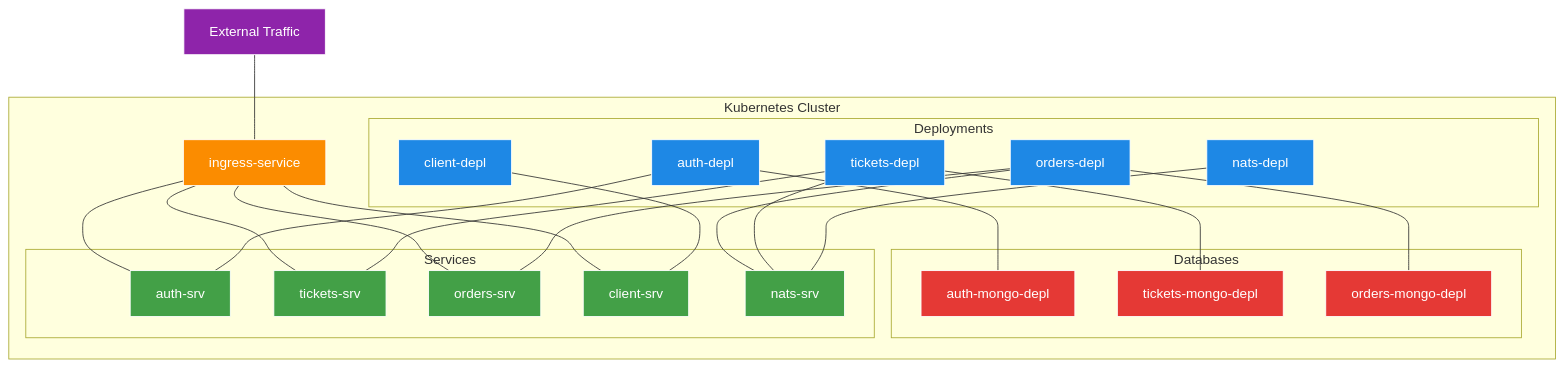
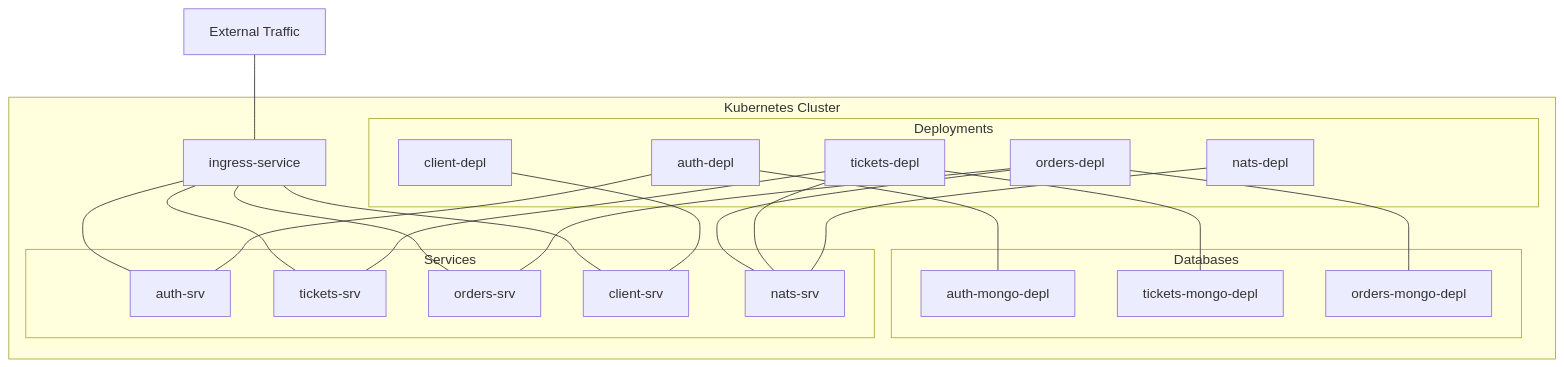
The fourth of 4 diagrams in Microservices with Node and React/16. Cross-Service Data Replication In Action/ticketing/README.md (A1doranM/HowProgrammingWork), drawn with Mermaid before and after one commit. The commit also changed other lines of this file, not shown here.

````diff
--- a/Microservices with Node and React/16. Cross-Service Data Replication In Action/ticketing/README.md
+++ b/Microservices with Node and React/16. Cross-Service Data Replication In Action/ticketing/README.md
@@ -455,62 +438,50 @@
 ```mermaid
 graph TB
     subgraph "Kubernetes Cluster"
         subgraph "Deployments"
             AuthDepl["auth-depl"]
             TicketsDepl["tickets-depl"]
             OrdersDepl["orders-depl"]
             ClientDepl["client-depl"]
             NatsDepl["nats-depl"]
         end
         
         subgraph "Databases"
             AuthMongo["auth-mongo-depl"]
             TicketsMongo["tickets-mongo-depl"]
             OrdersMongo["orders-mongo-depl"]
         end
         
         subgraph "Services"
             AuthSrv["auth-srv"]
             TicketsSrv["tickets-srv"]
             OrdersSrv["orders-srv"]
             ClientSrv["client-srv"]
             NatsSrv["nats-srv"]
         end
         
         Ingress["ingress-service"]
     end
     
     External["External Traffic"]
     
     AuthDepl --- AuthSrv
     TicketsDepl --- TicketsSrv
     OrdersDepl --- OrdersSrv
     ClientDepl --- ClientSrv
     NatsDepl --- NatsSrv
     
     AuthDepl --- AuthMongo
     TicketsDepl --- TicketsMongo
     OrdersDepl --- OrdersMongo
     
     TicketsDepl --- NatsSrv
     OrdersDepl --- NatsSrv
     
     Ingress --- AuthSrv
     Ingress --- TicketsSrv
     Ingress --- OrdersSrv
     Ingress --- ClientSrv
     
     External --- Ingress
-    
-    classDef deployment fill:#1e88e5,stroke:#fff,stroke-width:1px,color:#fff;
-    classDef database fill:#e53935,stroke:#fff,stroke-width:1px,color:#fff;
-    classDef service fill:#43a047,stroke:#fff,stroke-width:1px,color:#fff;
-    classDef ingress fill:#fb8c00,stroke:#fff,stroke-width:1px,color:#fff;
-    classDef external fill:#8e24aa,stroke:#fff,stroke-width:1px,color:#fff;
-    
-    class AuthDepl,TicketsDepl,OrdersDepl,ClientDepl,NatsDepl deployment;
-    class AuthMongo,TicketsMongo,OrdersMongo database;
-    class AuthSrv,TicketsSrv,OrdersSrv,ClientSrv,NatsSrv service;
-    class Ingress ingress;
-    class External external;
 ```
````
